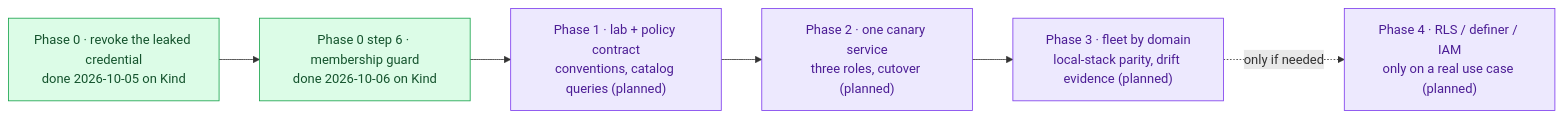
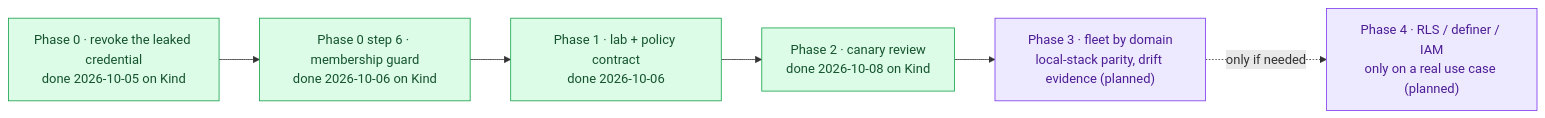
The second of 2 diagrams in docs/proposals/rfc/RFC-0029/README.md (duynhlab/homelab), drawn with Mermaid before and after one commit. The commit also changed other lines of this file and 26 other files, not shown here.

First line of the commit message:
Split review's database identity into three roles (#1245)

````diff
--- a/docs/proposals/rfc/RFC-0029/README.md
+++ b/docs/proposals/rfc/RFC-0029/README.md
@@ -189,14 +189,14 @@
 ```mermaid
 flowchart LR
     p0["Phase 0 · revoke the leaked credential<br/>done 2026-10-05 on Kind"]:::data
     p0g["Phase 0 step 6 · membership guard<br/>done 2026-10-06 on Kind"]:::data
-    p1["Phase 1 · lab + policy contract<br/>conventions, catalog queries (planned)"]:::platform
-    p2["Phase 2 · one canary service<br/>three roles, cutover (planned)"]:::platform
+    p1["Phase 1 · lab + policy contract<br/>done 2026-10-06"]:::data
+    p2["Phase 2 · canary review<br/>done 2026-10-08 on Kind"]:::data
     p3["Phase 3 · fleet by domain<br/>local-stack parity, drift evidence (planned)"]:::platform
     p4["Phase 4 · RLS / definer / IAM<br/>only on a real use case (planned)"]:::platform
 
     p0 --> p0g --> p1 --> p2 --> p3 -. "only if needed" .-> p4
 
     classDef platform fill:#ede9fe,color:#4c1d95,stroke:#7c3aed;
     classDef data fill:#dcfce7,color:#14532d,stroke:#16a34a;
 ```
````
